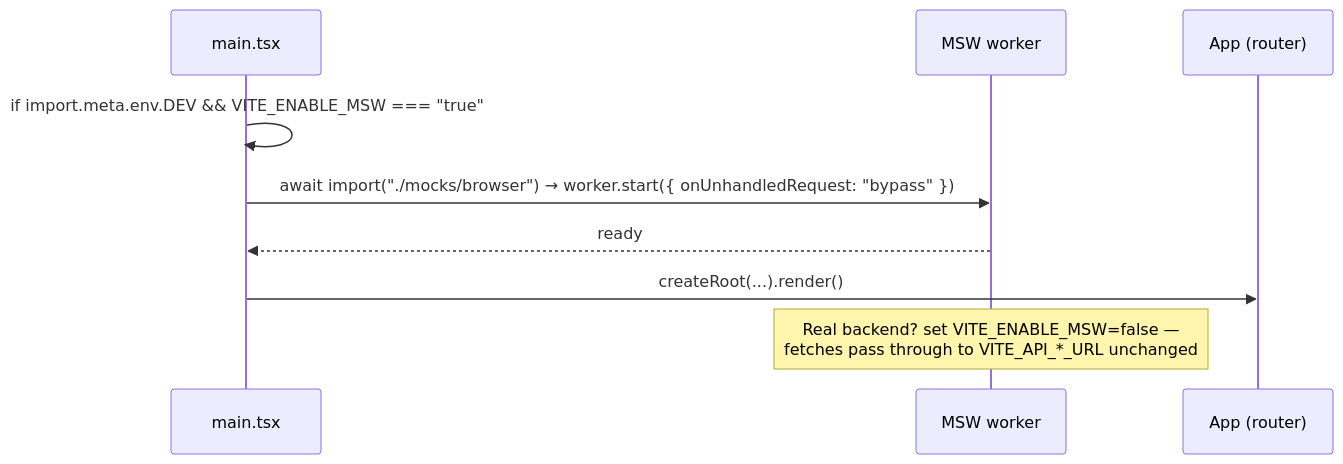
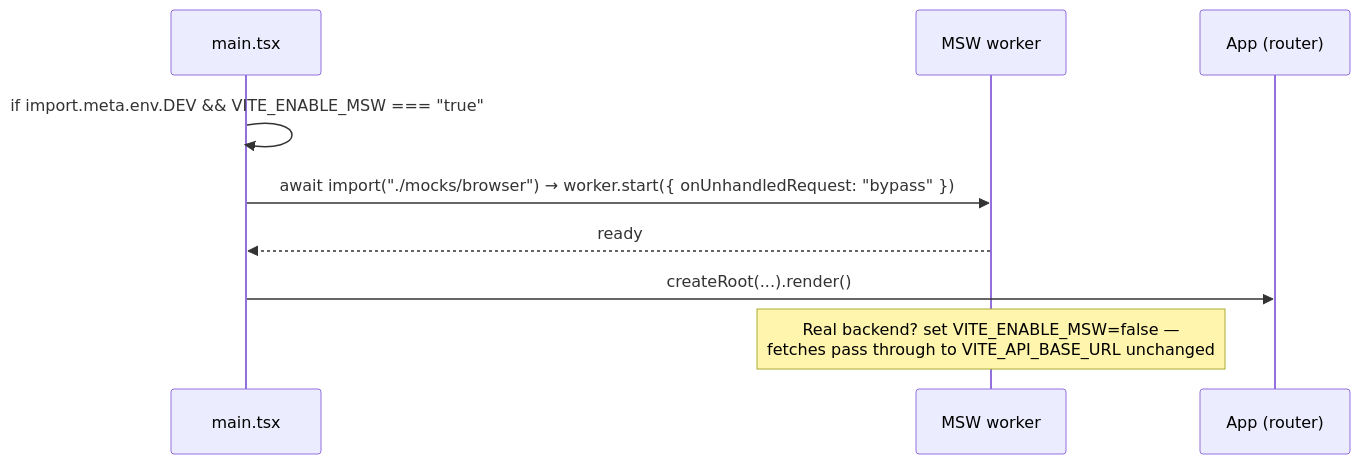
One commit to Agates-Rydee/RydeePortalWebsite changed the diagram in docs/adr/0003-mock-api-msw.md. Above: the diagram before and after it, drawn with Mermaid. The commit also changed other lines of this file and 36 other files, not shown here.

````diff
--- a/docs/adr/0003-mock-api-msw.md
+++ b/docs/adr/0003-mock-api-msw.md
@@ -57,11 +57,11 @@
 ```mermaid
 sequenceDiagram
   participant M as main.tsx
   participant W as MSW worker
   participant A as App (router)
   M->>M: if import.meta.env.DEV && VITE_ENABLE_MSW === "true"
   M->>W: await import("./mocks/browser") → worker.start({ onUnhandledRequest: "bypass" })
   W-->>M: ready
   M->>A: createRoot(...).render()
-  Note over W: Real backend? set VITE_ENABLE_MSW=false —<br/>fetches pass through to VITE_API_*_URL unchanged
+  Note over W: Real backend? set VITE_ENABLE_MSW=false —<br/>fetches pass through to VITE_API_BASE_URL unchanged
 ```
````
